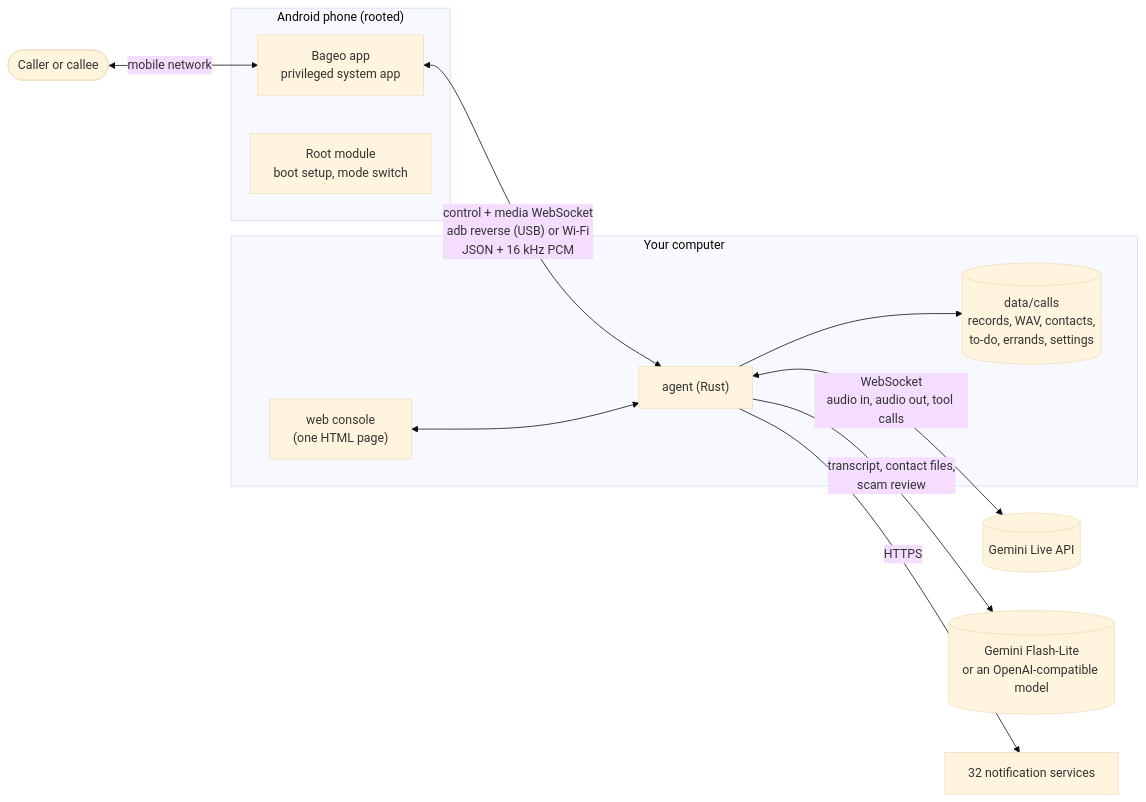
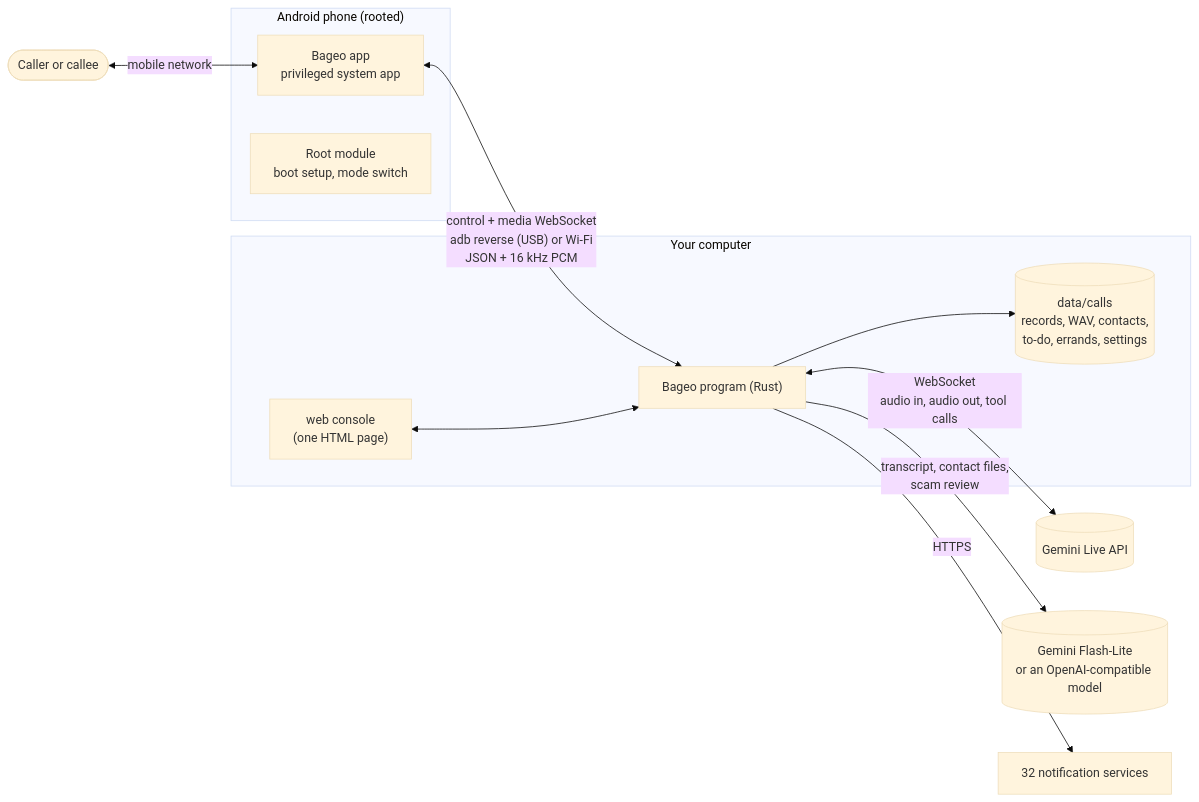
The first of 2 diagrams in docs/en/ARCHITECTURE.md (h4lo-void/bageo-call), drawn with Mermaid (base theme) before and after one commit. The commit also changed other lines of this file and 35 other files, not shown here.

````diff
--- a/docs/en/ARCHITECTURE.md
+++ b/docs/en/ARCHITECTURE.md
@@ -22,19 +22,19 @@
 ```mermaid
 flowchart LR
     subgraph phone["Android phone (rooted)"]
         app["Bageo app<br/>privileged system app"]
         module["Root module<br/>boot setup, mode switch"]
     end
     subgraph pc["Your computer"]
-        agent["agent (Rust)"]
+        agent["Bageo program (Rust)"]
         data[("data/calls<br/>records, WAV, contacts,<br/>to-do, errands, settings")]
         ui["web console<br/>(one HTML page)"]
     end
     other(["Caller or callee"]) <-- "mobile network" --> app
     app <-- "control + media WebSocket<br/>adb reverse (USB) or Wi-Fi<br/>JSON + 16 kHz PCM" --> agent
     agent <-- "WebSocket<br/>audio in, audio out, tool calls" --> gemini[("Gemini Live API")]
     agent -- "transcript, contact files,<br/>scam review" --> llm[("Gemini Flash-Lite<br/>or an OpenAI-compatible model")]
     agent --> data
     ui <--> agent
     agent -- "HTTPS" --> notify["32 notification services"]
 ```
````
